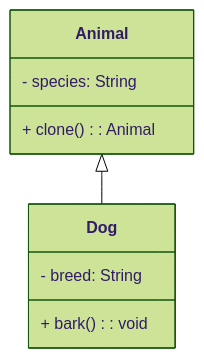
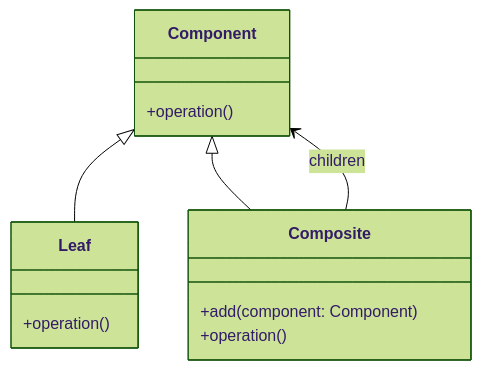
One commit to KhrystynaLutsiv/IT-21_OOP changed the diagram in Tupis_Roman/lab12/README.md. Above: the diagram before and after it, drawn with Mermaid (forest theme). The commit also changed other lines of this file, not shown here.

````diff
--- a/Tupis_Roman/lab12/README.md
+++ b/Tupis_Roman/lab12/README.md
@@ -57,15 +57,20 @@
 ```mermaid
 classDiagram
-    class Animal {
-        - species: String
-        + clone(): Animal
+    class Component {
+        +operation()
     }
 
-    class Dog {
-        - breed: String
-        + bark(): void
+    class Leaf {
+        +operation()
     }
 
-    Animal <|-- Dog
+    class Composite {
+        +add(component: Component)
+        +operation()
+    }
+
+    Component <|-- Leaf
+    Component <|-- Composite
+    Composite --> Component : children
 
 ```
````
